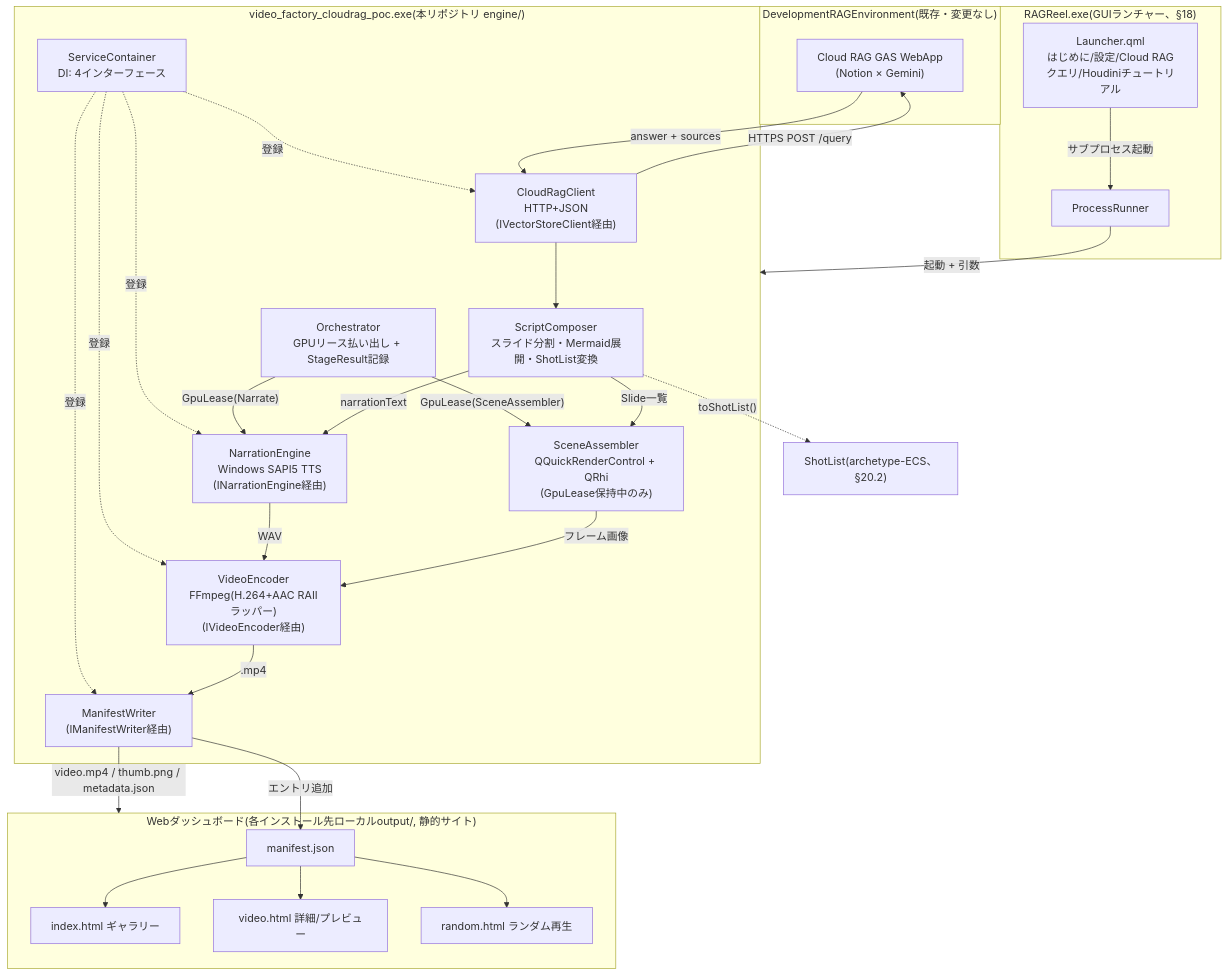
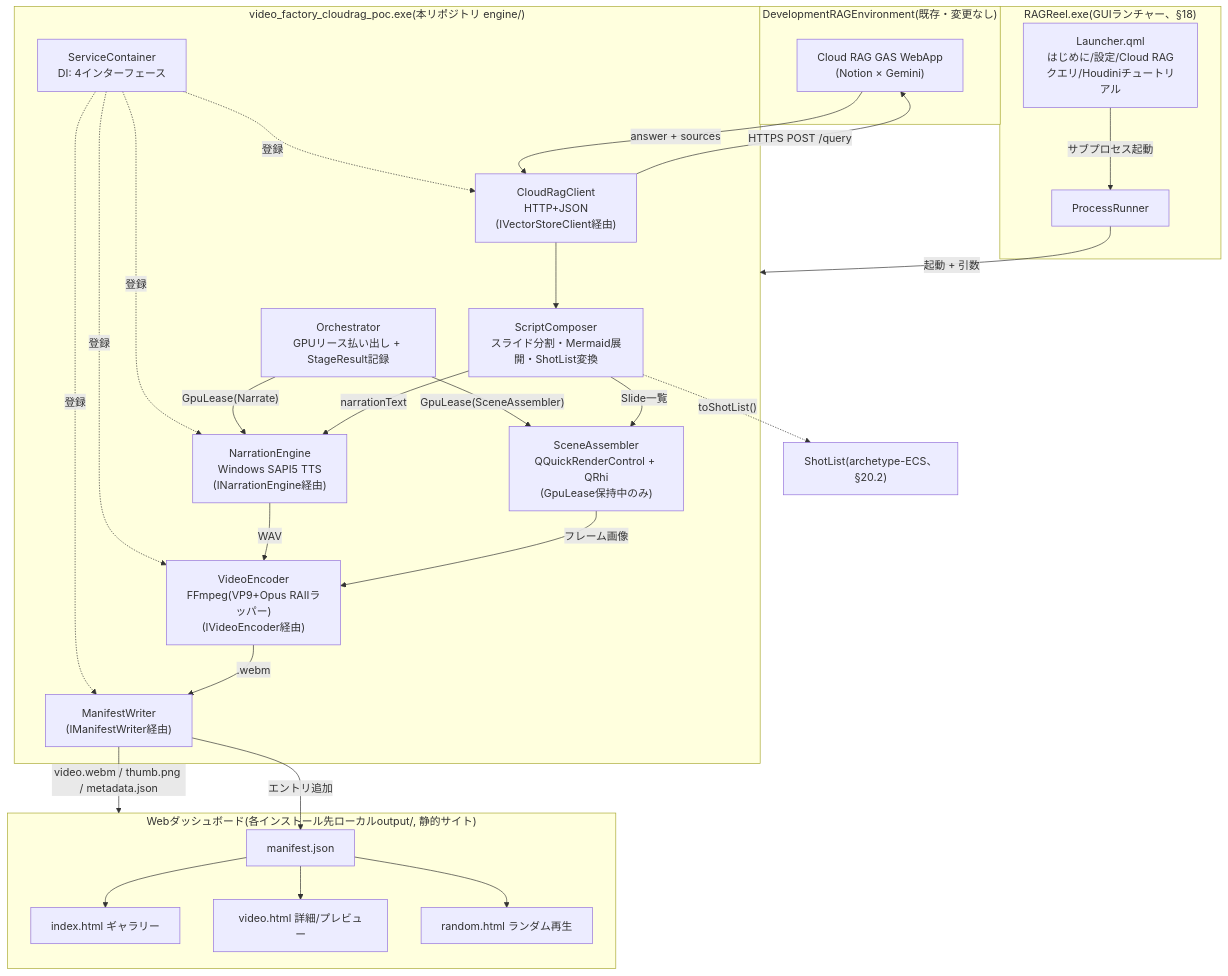
One commit to manato1201/RAGReel changed the first of 16 diagrams in docs/technical-reference.md. Above: the diagram before and after it, drawn with Mermaid. The commit also changed other lines of this file and 9 other files, not shown here.

First line of the commit message:
動画の出力を H.264+AAC/MP4 から VP9+Opus/WebM に切り替え

````diff
--- a/docs/technical-reference.md
+++ b/docs/technical-reference.md
@@ -55,52 +55,52 @@
 ```mermaid
 flowchart TB
     subgraph rag["DevelopmentRAGEnvironment(既存・変更なし)"]
         GAS["Cloud RAG GAS WebApp<br/>(Notion × Gemini)"]
     end
 
     subgraph launcher["RAGReel.exe(GUIランチャー、§18)"]
         UI["Launcher.qml<br/>はじめに/設定/Cloud RAGクエリ/Houdiniチュートリアル"]
         PR["ProcessRunner"]
     end
 
     subgraph engine["video_factory_cloudrag_poc.exe(本リポジトリ engine/)"]
         ORCH["Orchestrator<br/>GPUリース払い出し + StageResult記録"]
         SVC["ServiceContainer<br/>DI: 4インターフェース"]
         CRC["CloudRagClient<br/>HTTP+JSON<br/>(IVectorStoreClient経由)"]
         NE["NarrationEngine<br/>Windows SAPI5 TTS<br/>(INarrationEngine経由)"]
         SC["ScriptComposer<br/>スライド分割・Mermaid展開・ShotList変換"]
         SA["SceneAssembler<br/>QQuickRenderControl + QRhi<br/>(GpuLease保持中のみ)"]
-        VE["VideoEncoder<br/>FFmpeg(H.264+AAC RAIIラッパー)<br/>(IVideoEncoder経由)"]
+        VE["VideoEncoder<br/>FFmpeg(VP9+Opus RAIIラッパー)<br/>(IVideoEncoder経由)"]
         MW["ManifestWriter<br/>(IManifestWriter経由)"]
     end
 
     subgraph web["Webダッシュボード(各インストール先ローカルoutput/, 静的サイト)"]
         GALLERY["index.html ギャラリー"]
         DETAIL["video.html 詳細/プレビュー"]
         RANDOM["random.html ランダム再生"]
         MANIFEST["manifest.json"]
     end
 
     UI -- "サブプロセス起動" --> PR
     PR -- "起動 + 引数" --> engine
     SVC -.->|"登録"| CRC
     SVC -.->|"登録"| NE
     SVC -.->|"登録"| VE
     SVC -.->|"登録"| MW
     ORCH -- "GpuLease(Narrate)" --> NE
     ORCH -- "GpuLease(SceneAssembler)" --> SA
     CRC -- "HTTPS POST /query" --> GAS
     GAS -- "answer + sources" --> CRC
     CRC --> SC
     SC -- "narrationText" --> NE
     NE -- "WAV" --> VE
     SC -- "Slide一覧" --> SA
     SC -.->|"toShotList()"| SHOTS["ShotList(archetype-ECS、§20.2)"]
     SA -- "フレーム画像" --> VE
-    VE -- ".mp4" --> MW
-    MW -- "video.mp4 / thumb.png / metadata.json" --> web
+    VE -- ".webm" --> MW
+    MW -- "video.webm / thumb.png / metadata.json" --> web
     MW -- "エントリ追加" --> MANIFEST
     MANIFEST --> GALLERY
     MANIFEST --> DETAIL
     MANIFEST --> RANDOM
 ```
````
